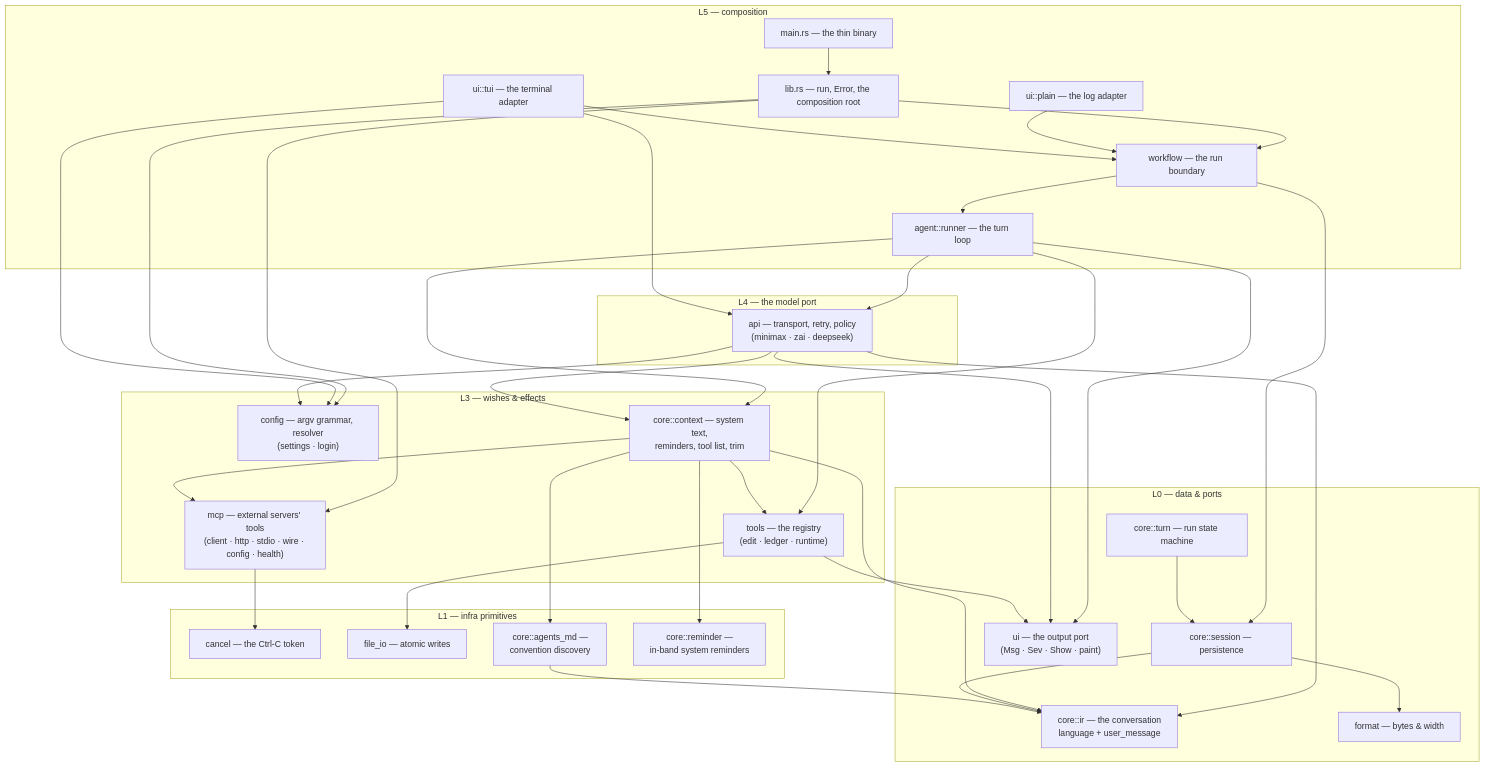
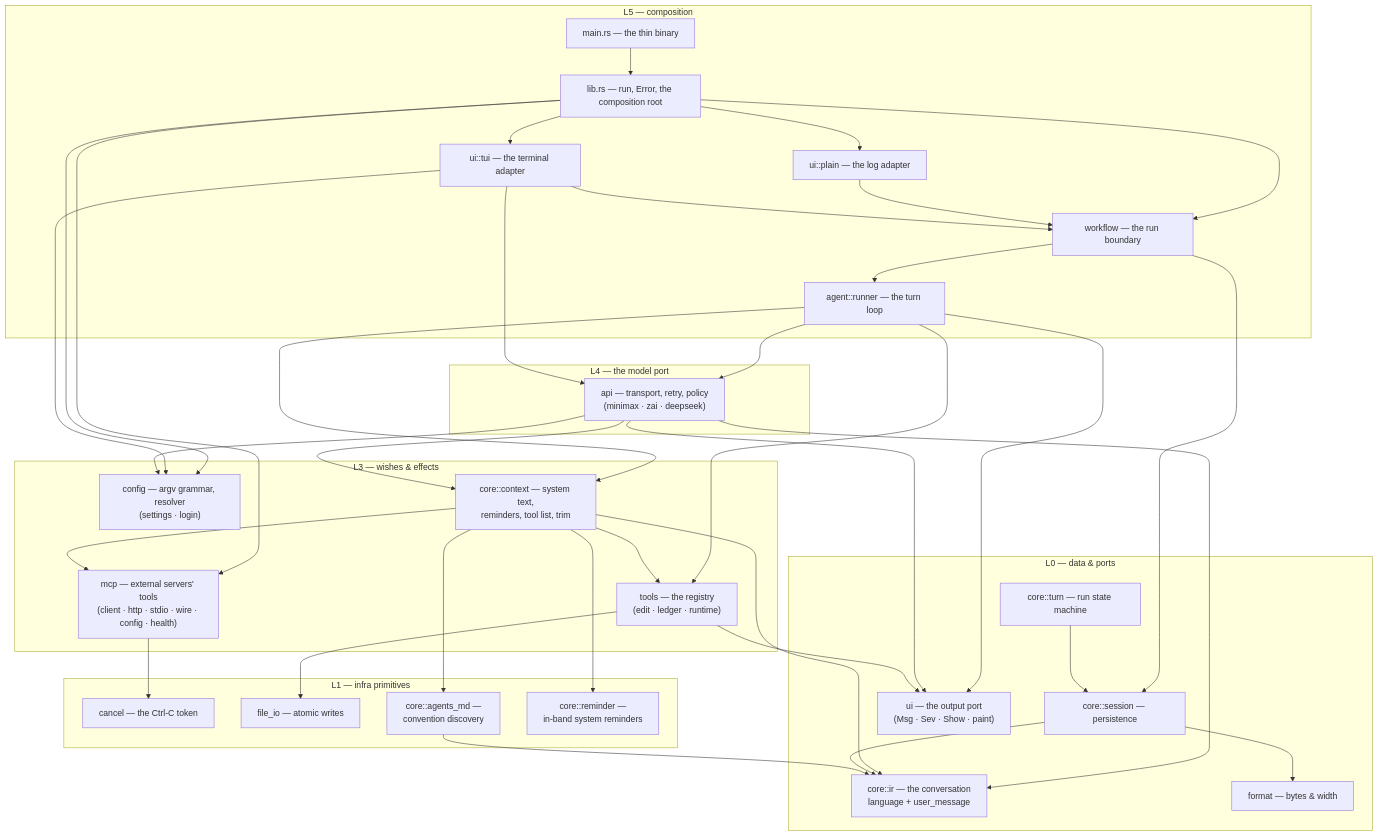
One commit to unfallenwill/jingwei changed the diagram in docs/jingwei-deps.mmd. Above: the diagram before and after it, drawn with Mermaid. The commit also changed 1 other file, not shown here.

```diff
--- a/docs/jingwei-deps.mmd
+++ b/docs/jingwei-deps.mmd
@@ -1,79 +1,81 @@
 %% jingwei's module dependency graph, after the cluster regrouping.
 %% Render me: paste into https://mermaid.live (or `mmdc -i jingwei-deps.mmd`).
 %% The enforced contract is tests/architecture.rs; this picture is the tour.
 %% Rule: dependencies point downward only. The ui port sits at the bottom
 %% (everything emits through it); its adapters sit at the top (nothing may
 %% depend on a frontend).
 
 flowchart TD
     subgraph L5["L5 — composition"]
         bin["main.rs — the thin binary"]
         lib["lib.rs — run, Error, the composition root"]
         workflow["workflow — the run boundary"]
         loop_["agent::runner — the turn loop"]
         plain["ui::plain — the log adapter"]
         tui["ui::tui — the terminal adapter"]
     end
 
     subgraph L4["L4 — the model port"]
         api["api — transport, retry, policy<br/>(minimax · zai · deepseek)"]
     end
 
     subgraph L3["L3 — wishes & effects"]
         config["config — argv grammar, resolver<br/>(settings · login)"]
         context["core::context — system text,<br/>reminders, tool list, trim"]
         tools["tools — the registry<br/>(edit · ledger · runtime)"]
         mcp["mcp — external servers' tools<br/>(client · http · stdio · wire · config · health)"]
     end
 
     subgraph L1["L1 — infra primitives"]
         cancel["cancel — the Ctrl-C token"]
         fileio["file_io — atomic writes"]
         agentsmd["core::agents_md —<br/>convention discovery"]
         reminder["core::reminder —<br/>in-band system reminders"]
     end
 
     subgraph L0["L0 — data & ports"]
         ir["core::ir — the conversation<br/>language + user_message"]
         session["core::session — persistence"]
         turn["core::turn — run state machine"]
         uip["ui — the output port<br/>(Msg · Sev · Show · paint)"]
         format["format — bytes & width"]
     end
 
     bin --> lib
     lib --> workflow
+    lib --> plain
+    lib --> tui
     lib --> config
     lib --> mcp
     plain --> workflow
     tui --> workflow
 
     workflow --> loop_
     workflow --> session
 
     loop_ --> api
     loop_ --> tools
     loop_ --> context
     loop_ --> uip
     tui --> api
     tui --> config
 
     api --> context
     api --> config
     api --> uip
     api --> ir
 
     context --> ir
     context --> tools
     context --> mcp
     context --> reminder
     context --> agentsmd
 
     tools --> uip
     tools --> fileio
     mcp --> cancel
 
     session --> ir
     session --> format
     turn --> session
     agentsmd --> ir
```
